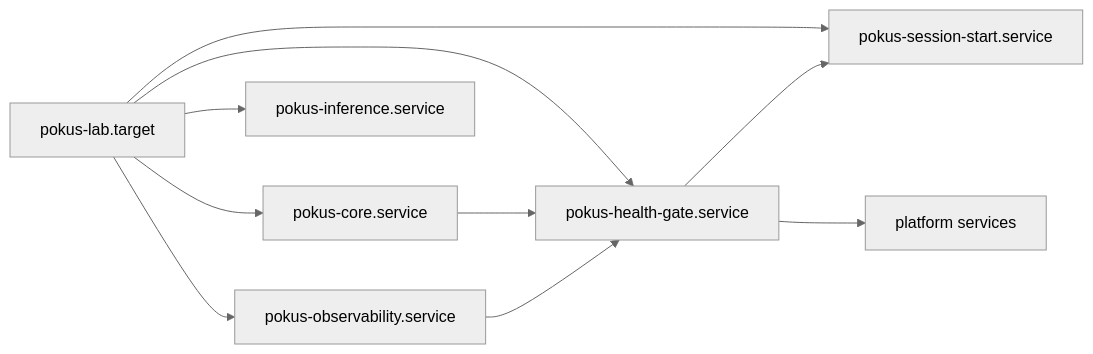
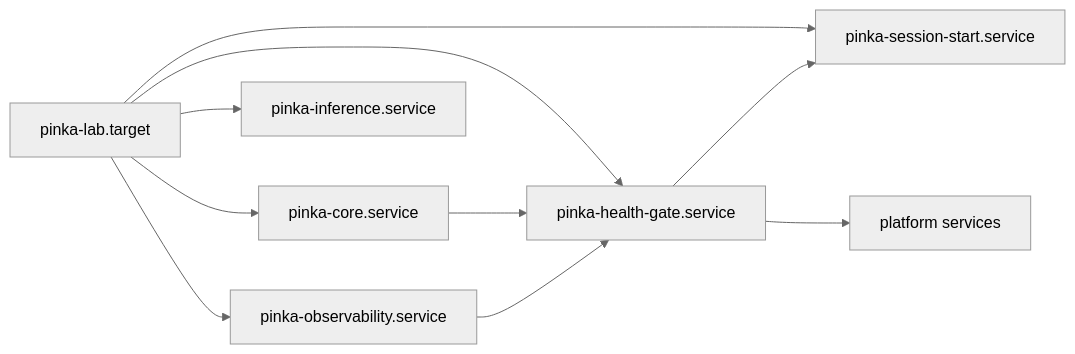
The diagram in infra/docs/explanation/lab-session.md (metharda/pokus-infrastructure), drawn with Mermaid (neutral theme) before and after one commit. The commit also changed other lines of this file and 941 other files, not shown here.

First line of the commit message:
refactor(infra): rename pokus to pinka and potka (plan step 3c)

````diff
--- a/infra/docs/explanation/lab-session.md
+++ b/infra/docs/explanation/lab-session.md
@@ -27,12 +27,12 @@
 ```mermaid
 flowchart LR
-  target["pokus-lab.target"] --> core["pokus-core.service"]
-  target --> obs["pokus-observability.service"]
-  target --> inf["pokus-inference.service"]
-  target --> gate["pokus-health-gate.service"]
-  target --> rec["pokus-session-start.service"]
+  target["pinka-lab.target"] --> core["pinka-core.service"]
+  target --> obs["pinka-observability.service"]
+  target --> inf["pinka-inference.service"]
+  target --> gate["pinka-health-gate.service"]
+  target --> rec["pinka-session-start.service"]
   core --> gate
   obs --> gate
   gate --> rec
   gate --> platform["platform services"]
 ```
````
